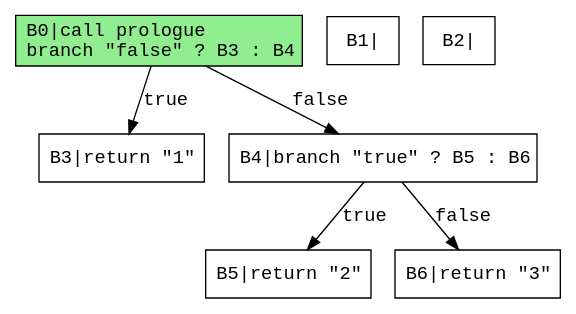
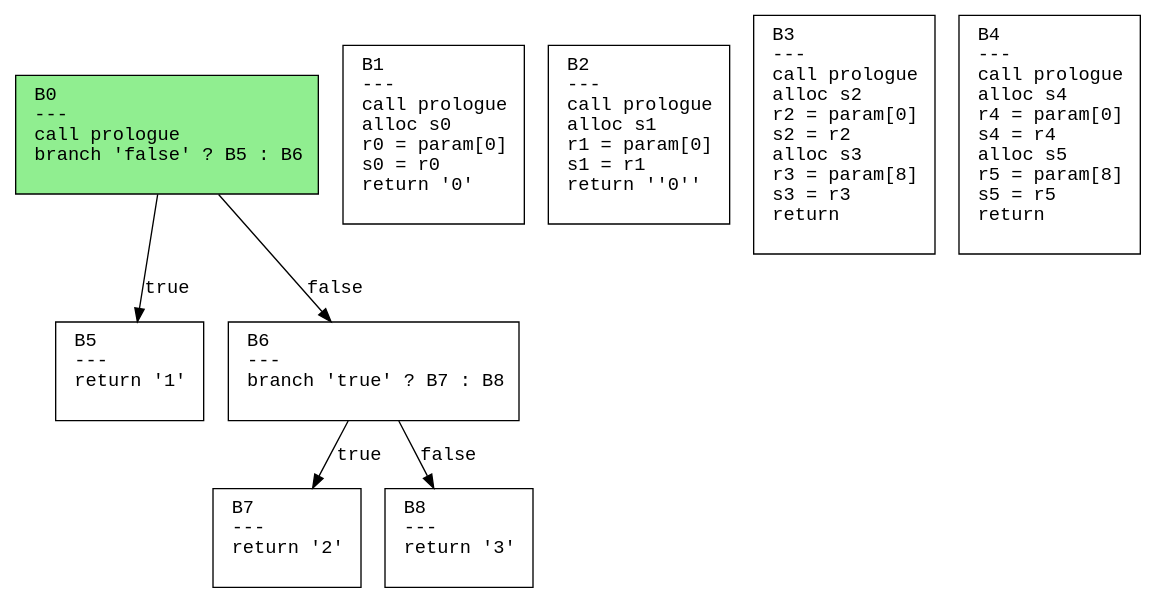
The diagram in output/return.dot (safarislava/ProcTranslator), drawn with Graphviz before and after one commit. The commit also changed 38 other files, not shown here.

Commit message:
Fix control flow graph

```diff
--- a/output/return.dot
+++ b/output/return.dot
@@ -1,18 +1,20 @@
 digraph CFG {
   rankdir=TB;
-  node [shape=box, fontname="Courier"];
+  node [shape=box, fontname="Courier", style=filled, fillcolor=white, margin="0.2,0.1"];
   edge [fontname="Courier"];
 
-  B0 [label="B0|call prologue\lbranch \"false\" ? B3 : B4\l"];
-  B1 [label="B1|"];
-  B2 [label="B2|"];
-  B3 [label="B3|return \"1\"\l"];
-  B4 [label="B4|branch \"true\" ? B5 : B6\l"];
-  B5 [label="B5|return \"2\"\l"];
-  B6 [label="B6|return \"3\"\l"];
-  B0 -> B3 [label="true"];
-  B0 -> B4 [label="false"];
-  B4 -> B5 [label="true"];
-  B4 -> B6 [label="false"];
-  B0 [style=filled, fillcolor=lightgreen];
+  "B0" [label="B0\l---\lcall prologue\lbranch 'false' ? B5 : B6\l "];
+  "B1" [label="B1\l---\lcall prologue\lalloc s0\lr0 = param[0]\ls0 = r0\lreturn '0'\l "];
+  "B2" [label="B2\l---\lcall prologue\lalloc s1\lr1 = param[0]\ls1 = r1\lreturn ''0''\l "];
+  "B3" [label="B3\l---\lcall prologue\lalloc s2\lr2 = param[0]\ls2 = r2\lalloc s3\lr3 = param[8]\ls3 = r3\lreturn\l "];
+  "B4" [label="B4\l---\lcall prologue\lalloc s4\lr4 = param[0]\ls4 = r4\lalloc s5\lr5 = param[8]\ls5 = r5\lreturn\l "];
+  "B5" [label="B5\l---\lreturn '1'\l "];
+  "B6" [label="B6\l---\lbranch 'true' ? B7 : B8\l "];
+  "B7" [label="B7\l---\lreturn '2'\l "];
+  "B8" [label="B8\l---\lreturn '3'\l "];
+  "B0" -> "B5" [label="true"];
+  "B0" -> "B6" [label="false"];
+  "B6" -> "B7" [label="true"];
+  "B6" -> "B8" [label="false"];
+  "B0" [fillcolor=lightgreen];
 }
```
